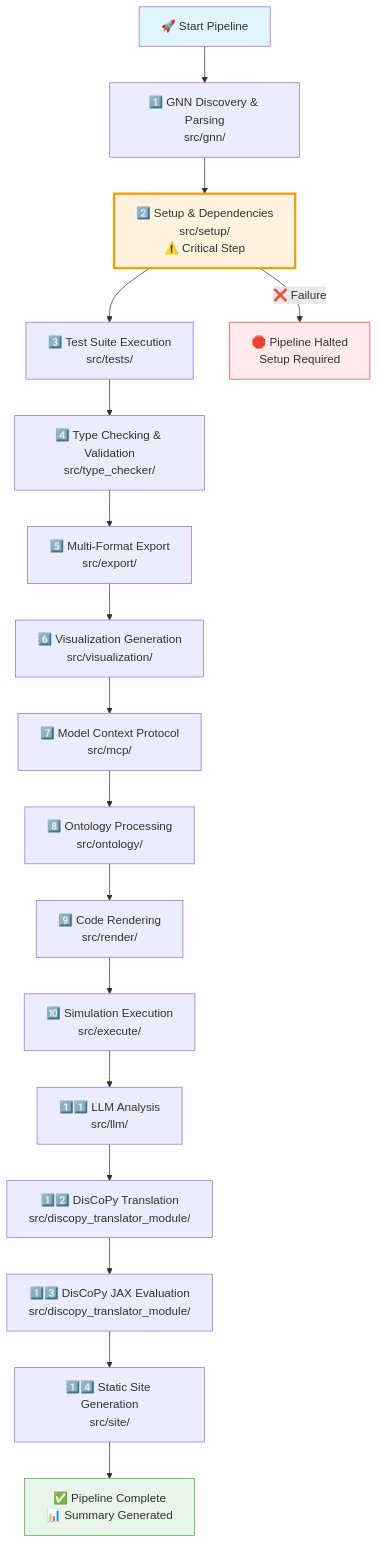
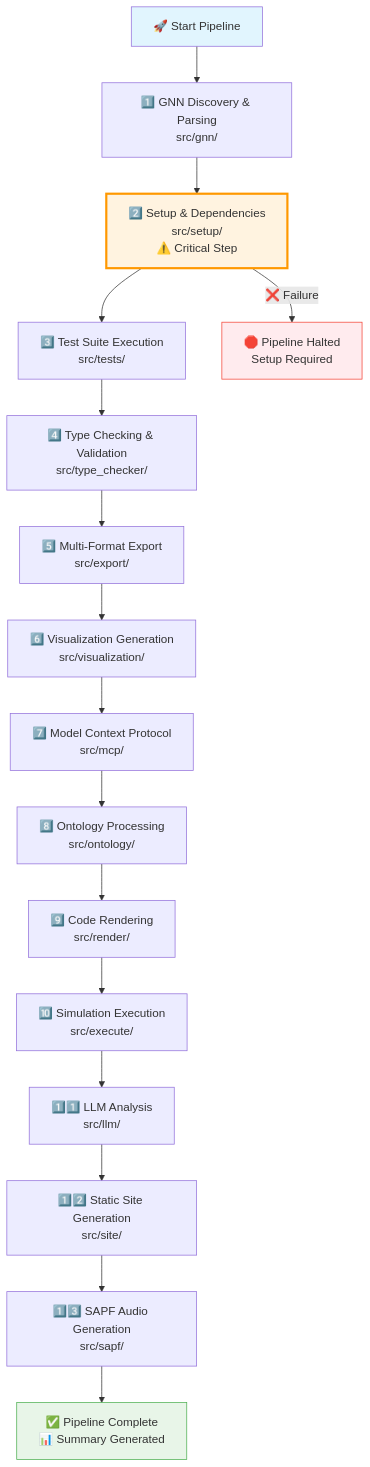
Before and after one commit to ActiveInferenceInstitute/GeneralizedNotationNotation: the third of 4 diagrams in README.md, drawn with Mermaid. The commit also changed other lines of this file and 2 other files, not shown here.

````diff
--- a/README.md
+++ b/README.md
@@ -250,25 +259,24 @@
 ```mermaid
 flowchart TD
     A["🚀 Start Pipeline"] --> B["1️⃣ GNN Discovery & Parsing<br/>src/gnn/"]
     B --> C["2️⃣ Setup & Dependencies<br/>src/setup/<br/>⚠️ Critical Step"]
     C --> D["3️⃣ Test Suite Execution<br/>src/tests/"]
     D --> E["4️⃣ Type Checking & Validation<br/>src/type_checker/"]
     E --> F["5️⃣ Multi-Format Export<br/>src/export/"]
     F --> G["6️⃣ Visualization Generation<br/>src/visualization/"]
     G --> H["7️⃣ Model Context Protocol<br/>src/mcp/"]
     H --> I["8️⃣ Ontology Processing<br/>src/ontology/"]
     I --> J["9️⃣ Code Rendering<br/>src/render/"]
     J --> K["🔟 Simulation Execution<br/>src/execute/"]
     K --> L["1️⃣1️⃣ LLM Analysis<br/>src/llm/"]
-    L --> M["1️⃣2️⃣ DisCoPy Translation<br/>src/discopy_translator_module/"]
-    M --> N["1️⃣3️⃣ DisCoPy JAX Evaluation<br/>src/discopy_translator_module/"]
-    N --> O["1️⃣4️⃣ Static Site Generation<br/>src/site/"]
-    O --> P["✅ Pipeline Complete<br/>📊 Summary Generated"]
+    L --> M["1️⃣2️⃣ Static Site Generation<br/>src/site/"]
+    M --> N["1️⃣3️⃣ SAPF Audio Generation<br/>src/sapf/"]
+    N --> O["✅ Pipeline Complete<br/>📊 Summary Generated"]
     
-    C -->|❌ Failure| Q["🛑 Pipeline Halted<br/>Setup Required"]
+    C -->|❌ Failure| P["🛑 Pipeline Halted<br/>Setup Required"]
     
     style A fill:#e1f5fe
     style C fill:#fff3e0,stroke:#ff9800,stroke-width:3px
-    style Q fill:#ffebee,stroke:#f44336
-    style P fill:#e8f5e8,stroke:#4caf50
+    style P fill:#ffebee,stroke:#f44336
+    style O fill:#e8f5e8,stroke:#4caf50
 ```
````
